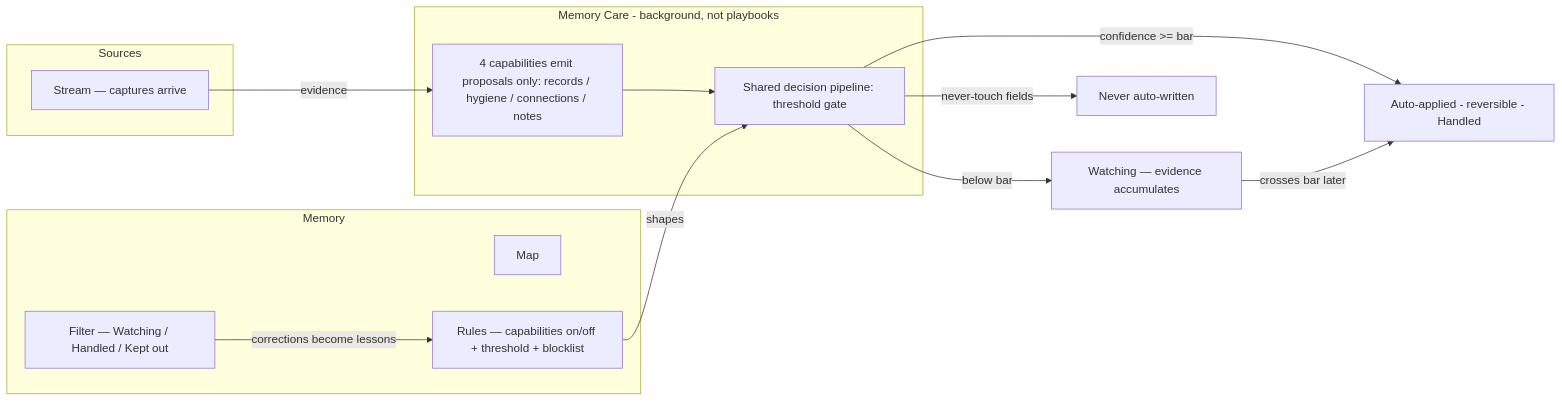
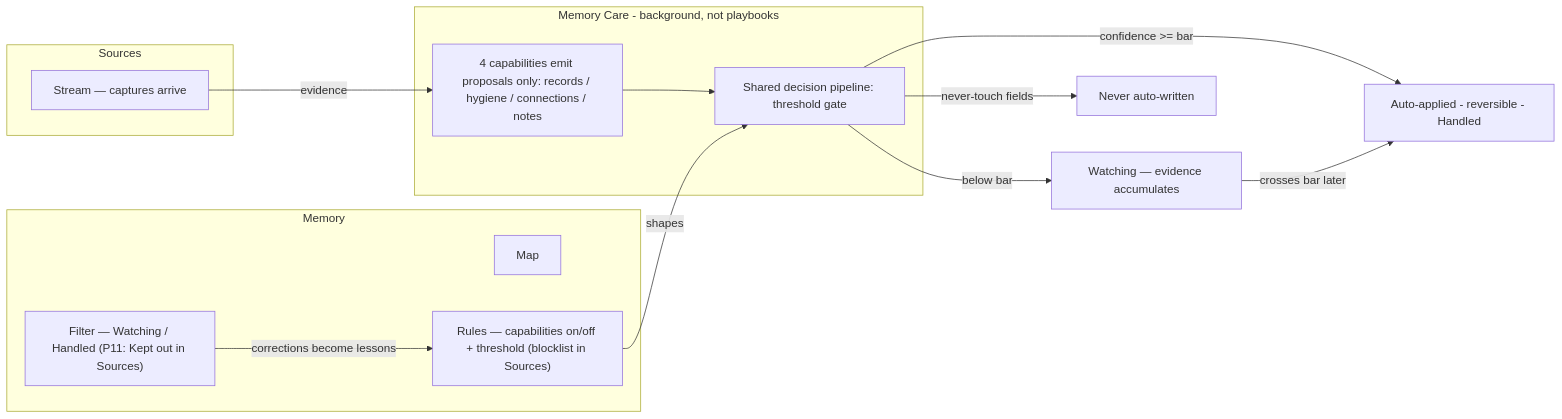
One commit to createdbysalt/salt changed the diagram in docs/architecture/memory-care.md. Above: the diagram before and after it, drawn with Mermaid. The commit also changed other lines of this file and 18 other files, not shown here.

````diff
--- a/docs/architecture/memory-care.md
+++ b/docs/architecture/memory-care.md
@@ -25,23 +25,23 @@
 ```mermaid
 flowchart LR
     subgraph intake [Sources]
         Stream["Stream — captures arrive"]
     end
     subgraph care ["Memory Care - background, not playbooks"]
         Caps["4 capabilities emit proposals only: records / hygiene / connections / notes"]
         Gate["Shared decision pipeline: threshold gate"]
         Caps --> Gate
     end
     subgraph memory [Memory]
         Map["Map"]
-        Filter["Filter — Watching / Handled / Kept out"]
-        Rules["Rules — capabilities on/off + threshold + blocklist"]
+        Filter["Filter — Watching / Handled (P11: Kept out in Sources)"]
+        Rules["Rules — capabilities on/off + threshold (blocklist in Sources)"]
     end
     Stream -->|"evidence"| Caps
     Gate -->|"confidence >= bar"| Handled["Auto-applied - reversible - Handled"]
     Gate -->|"below bar"| Watching["Watching — evidence accumulates"]
     Gate -->|"never-touch fields"| Blocked["Never auto-written"]
     Watching -->|"crosses bar later"| Handled
     Rules -->|"shapes"| Gate
     Filter -->|"corrections become lessons"| Rules
 ```
````
